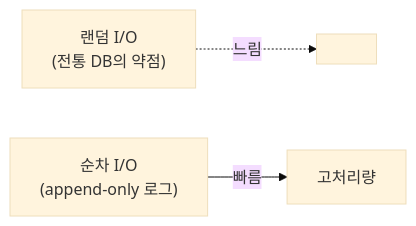
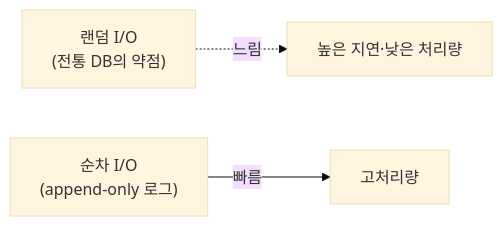
One commit to ghtjr410/kafka-lab changed the first of 3 diagrams in docs/book/1-internals/08-storage-engine.md. Above: the diagram before and after it, drawn with Mermaid (base theme). The commit also changed other lines of this file and 1 other file, not shown here.

````diff
--- a/docs/book/1-internals/08-storage-engine.md
+++ b/docs/book/1-internals/08-storage-engine.md
@@ -32,5 +32,5 @@
 ```mermaid
 graph LR
-    RAND["랜덤 I/O<br/>(전통 DB의 약점)"] -.느림.-> X[" "]
+    RAND["랜덤 I/O<br/>(전통 DB의 약점)"] -.느림.-> SLOW["높은 지연·낮은 처리량"]
     SEQ["순차 I/O<br/>(append-only 로그)"] -->|빠름| FAST["고처리량"]
 ```
````
